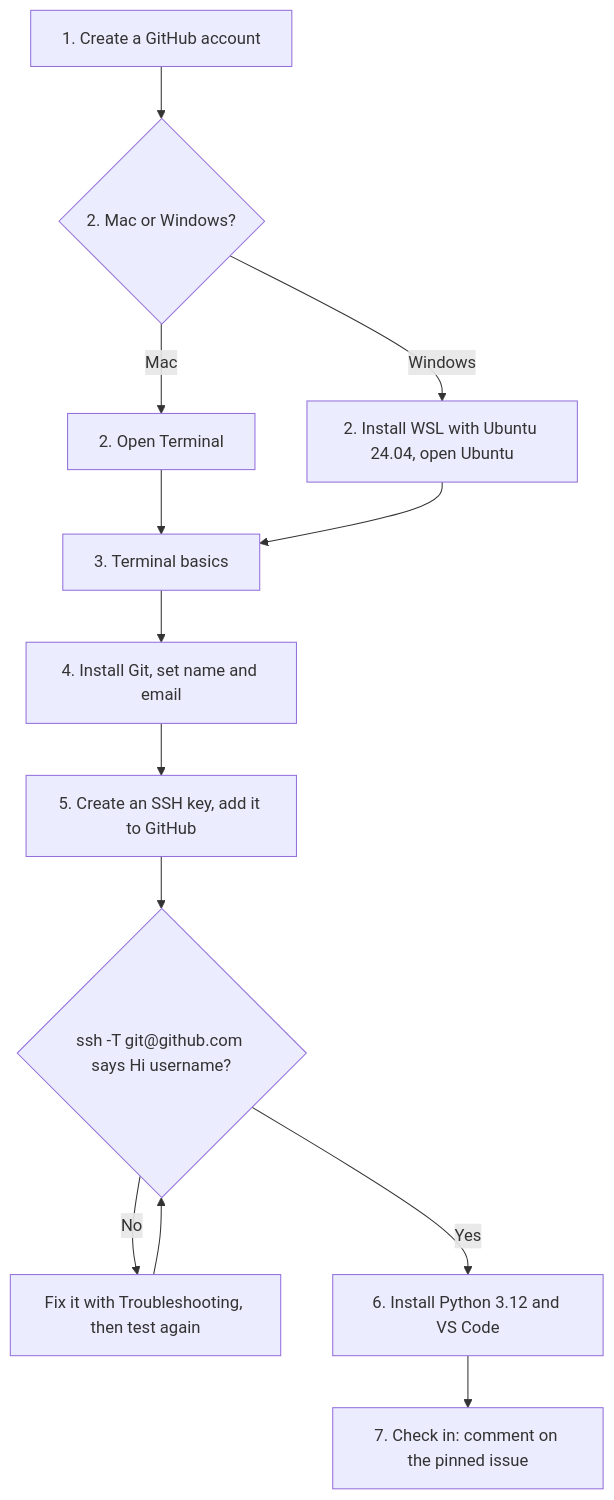
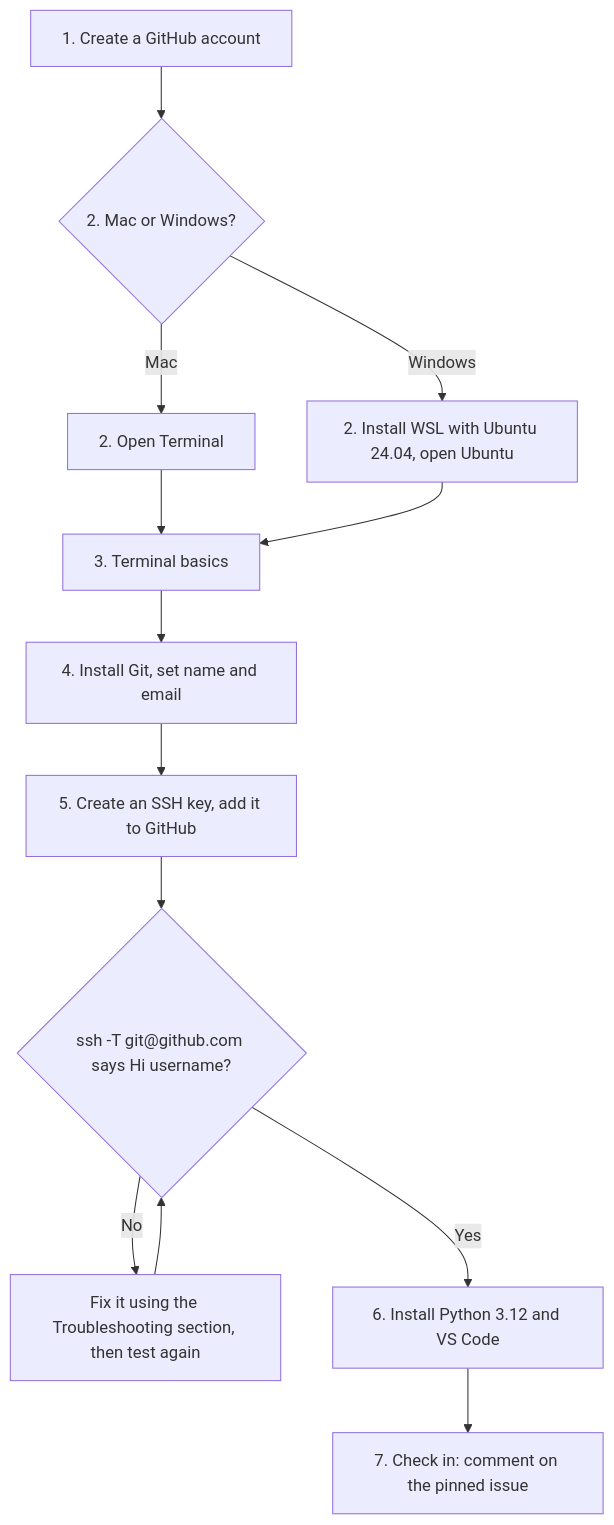
Before and after one commit to drweihungpan-lab/3R-teaching: the diagram in docs/session-0.md, drawn with Mermaid. The commit also changed other lines of this file, not shown here.

Commit message:
docs: add Session 0 Windows (WSL) path and troubleshooting (#83)

````diff
--- a/docs/session-0.md
+++ b/docs/session-0.md
@@ -18,15 +18,15 @@
 ```mermaid
 flowchart TD
     S1["1. Create a GitHub account"] --> S2{"2. Mac or Windows?"}
     S2 -->|Mac| M2["2. Open Terminal"]
     S2 -->|Windows| W2["2. Install WSL with Ubuntu 24.04, open Ubuntu"]
     M2 --> S3["3. Terminal basics"]
     W2 --> S3
     S3 --> S4["4. Install Git, set name and email"]
     S4 --> S5["5. Create an SSH key, add it to GitHub"]
     S5 --> T{"ssh -T git@github.com says Hi username?"}
-    T -->|No| F["Fix it with Troubleshooting, then test again"]
+    T -->|No| F["Fix it using the Troubleshooting section, then test again"]
     F --> T
     T -->|Yes| S6["6. Install Python 3.12 and VS Code"]
     S6 --> S7["7. Check in: comment on the pinned issue"]
 ```
````
